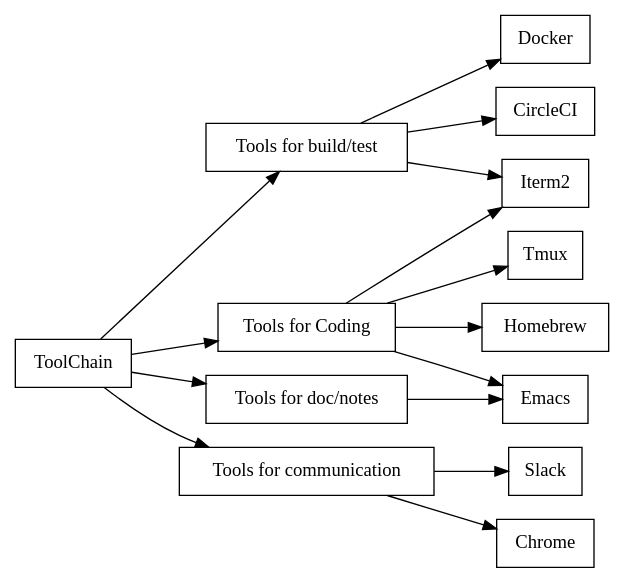
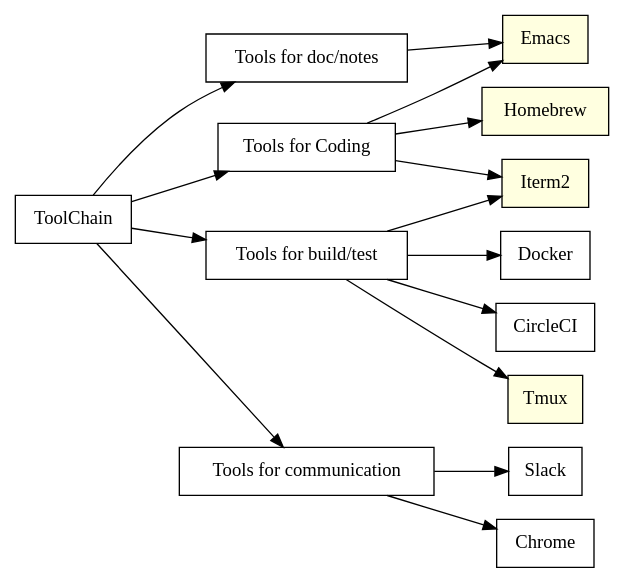
One commit to philips-ni/fhugo changed the diagram in static/images/tools.dot. Above: the diagram before and after it, drawn with Graphviz. The commit also changed 3 other files, not shown here.

```diff
--- a/static/images/tools.dot
+++ b/static/images/tools.dot
@@ -1,38 +1,38 @@
 digraph D {
 	rankdir="LR"
 	toolChain[label="ToolChain" shape="box"]
 	coding [label="Tools for Coding" shape="box"]
 	doc [label="Tools for doc/notes" shape="box"]	
 	build [label="Tools for build/test" shape="box"]
 	communication [label="Tools for communication" shape="box"]
 
-	Iterm2 [shape="box"]
-	Tmux [shape="box"]
-	Homebrew [shape="box"]
-	Emacs [shape="box"]
+	Iterm2 [shape="box" style=filled fillcolor="lightyellow"]
+	Tmux [shape="box" style=filled fillcolor="lightyellow"]
+	Homebrew [shape="box" style=filled fillcolor="lightyellow"]
+	Emacs [shape="box" style=filled fillcolor="lightyellow"]
 	Docker [shape="box"]
 	CircleCI [shape="box"]
 	Slack [shape="box"]
 	Chrome [shape="box"]
 
 
 	
 	toolChain -> coding
 	toolChain -> doc
 	toolChain -> build
 	toolChain -> communication
 
 	coding -> Emacs
 	coding -> Iterm2
-	coding -> Tmux
 	coding -> Homebrew
 
 	doc -> Emacs
 	
 	build -> Docker
 	build -> CircleCI
 	build -> Iterm2
+	build -> Tmux
 
 	communication -> Slack
 	communication -> Chrome
 }
```
